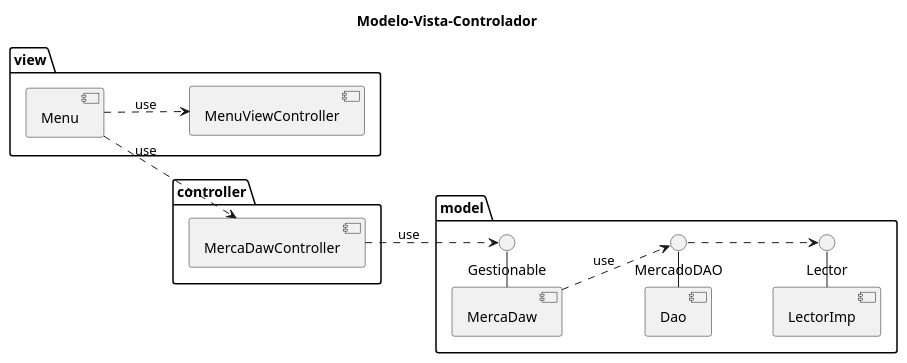
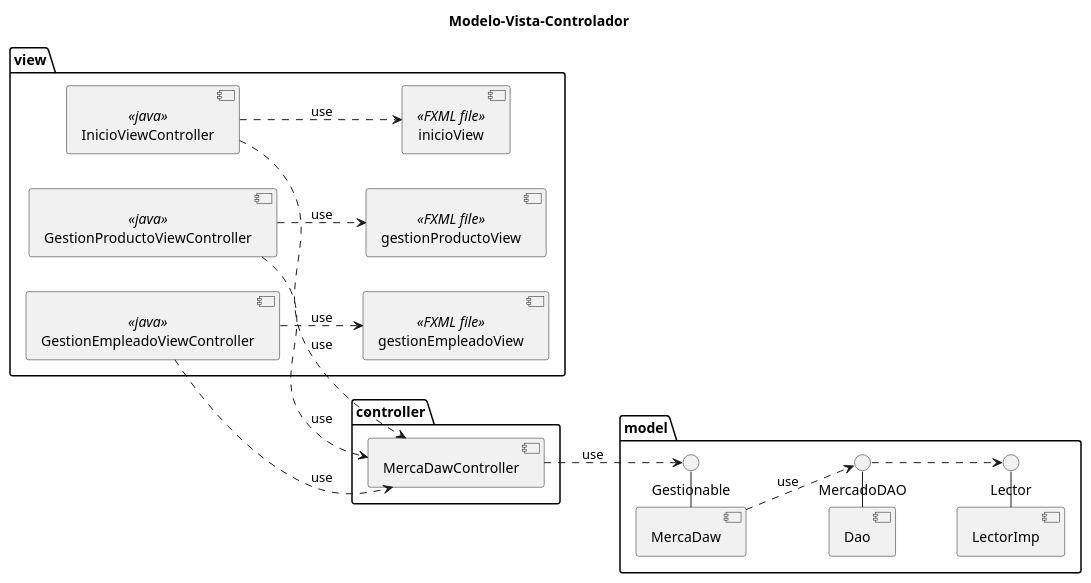
The diagram in design/DiagramaComponentes.pu (Edsonbs/MercaDAW), drawn with PlantUML before and after one commit.

Commit message:
Diagrama de componentes actualizado en el parquete view para que sea acorde a la realidad actual.

```diff
--- a/design/DiagramaComponentes.pu
+++ b/design/DiagramaComponentes.pu
@@ -1,35 +1,46 @@
 @startuml Modelo-Vista-Controlador
 title Modelo-Vista-Controlador
 left to right direction
 package view{
-    component MenuViewController as mvc
-    component Menu as mv
+    component InicioViewController <<java>> as inicioController
+    component GestionProductoViewController <<java>> as gestionProdController
+    component GestionEmpleadoViewController <<java>> as gestionEmpController
+
+    component inicioView <<FXML file>> as inicioView
+    component gestionProductoView <<FXML file>> as gestionProdView
+    component gestionEmpleadoView <<FXML file>> as gestionEmpView
 }
 
 package controller{
     component MercaDawController as mdc
 }
 
 package model{
     component MercaDaw
     component Dao 
     component LectorImp
 
     () "MercadoDAO" as dao
     () "Gestionable" as gestion
     () "Lector" as lectorif
 
     MercaDaw -() gestion
     Dao -() dao
     LectorImp -() lectorif
 
 }
 
 mdc ..> gestion : use
 MercaDaw ..> dao : use
 
-    mv ..> mvc : use
-    mv ..> mdc: use
+    inicioController ..> inicioView: use
+    gestionProdController ..> gestionProdView: use
+    gestionEmpController ..> gestionEmpView: use
+
+    gestionProdController ..> mdc: use
+    gestionEmpController ..> mdc: use
+    inicioController ..> mdc: use
+
 dao ..> lectorif
 
 @enduml
```
